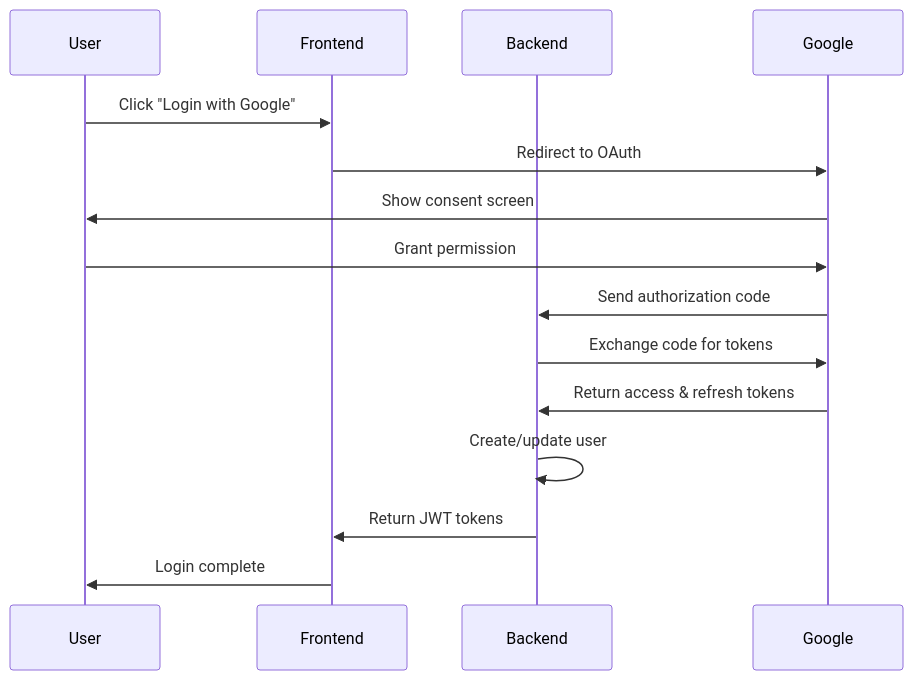
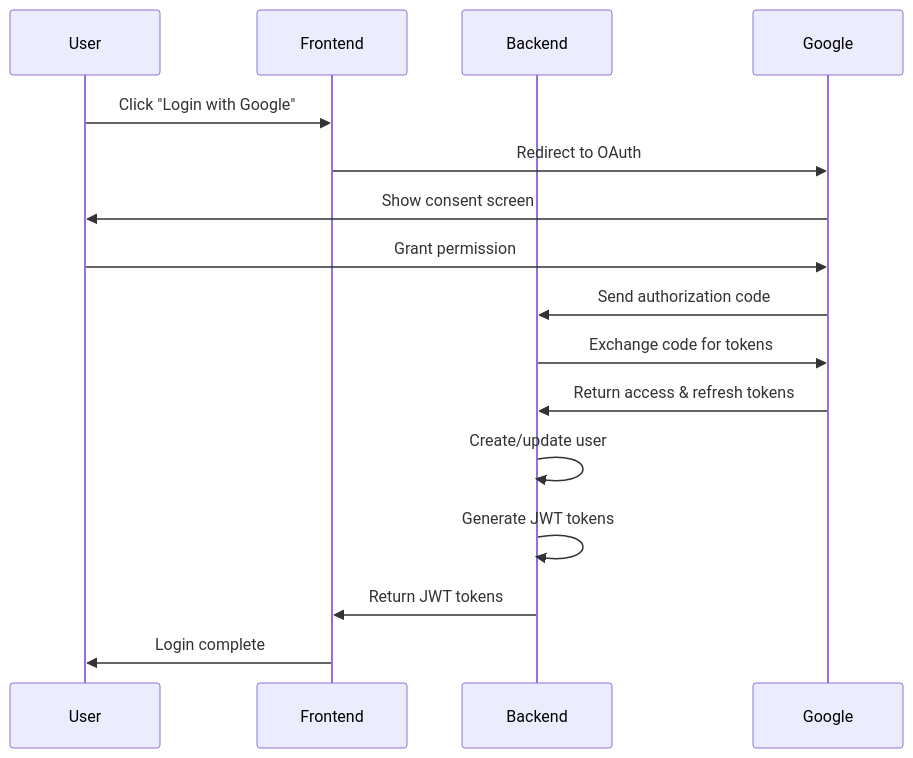
The first of 8 diagrams in README.md (elijahondiek/katiba360-backend), drawn with Mermaid before and after one commit. The commit also changed other lines of this file, not shown here.

First line of the commit message:
docs: add comprehensive backend architecture flow diagrams

````diff
--- a/README.md
+++ b/README.md
@@ -205,18 +207,19 @@
 ```mermaid
 sequenceDiagram
     participant User
     participant Frontend
     participant Backend
     participant Google
 
     User->>Frontend: Click "Login with Google"
     Frontend->>Google: Redirect to OAuth
     Google->>User: Show consent screen
     User->>Google: Grant permission
     Google->>Backend: Send authorization code
     Backend->>Google: Exchange code for tokens
     Google->>Backend: Return access & refresh tokens
     Backend->>Backend: Create/update user
+    Backend->>Backend: Generate JWT tokens
     Backend->>Frontend: Return JWT tokens
     Frontend->>User: Login complete
 ```
````
